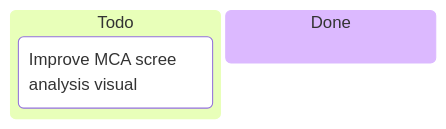
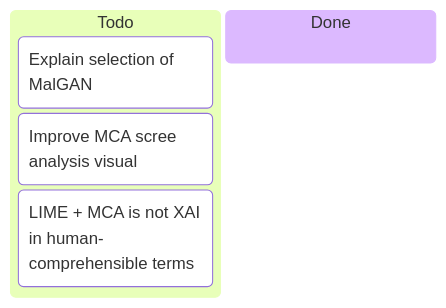
The third of 3 diagrams in README.md (onlyidev/bachelor.thesis), drawn with Mermaid before and after one commit. The commit also changed 13 other files, not shown here.

````diff
--- a/README.md
+++ b/README.md
@@ -31,7 +31,9 @@
 ```mermaid
 kanban
 todo["Todo"]
+  malgan["Explain selection of MalGAN"]
   scree["Improve MCA scree analysis visual"]
+  expl["LIME + MCA is not XAI in human-comprehensible terms"]
 done["Done"]
 
 ```
````
